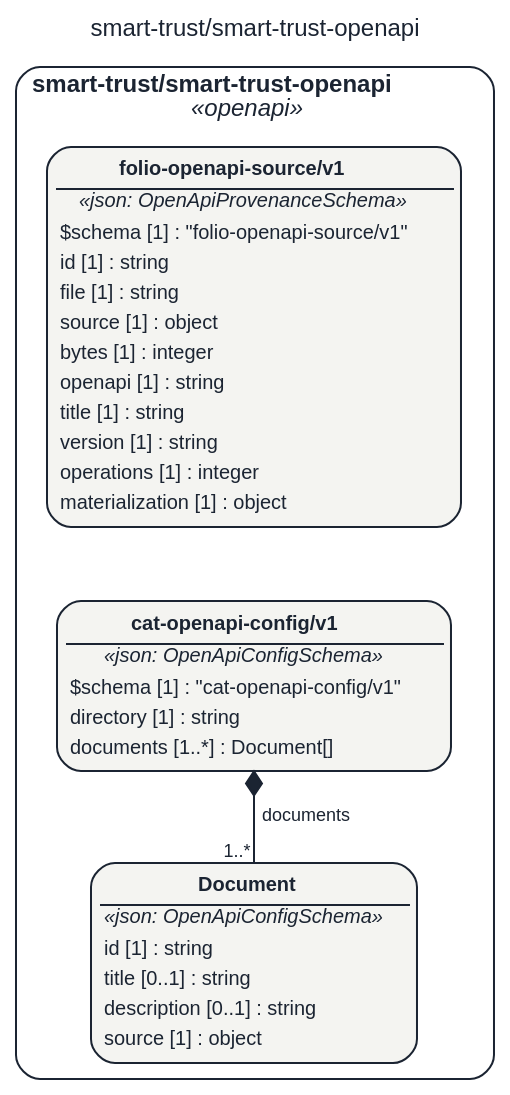
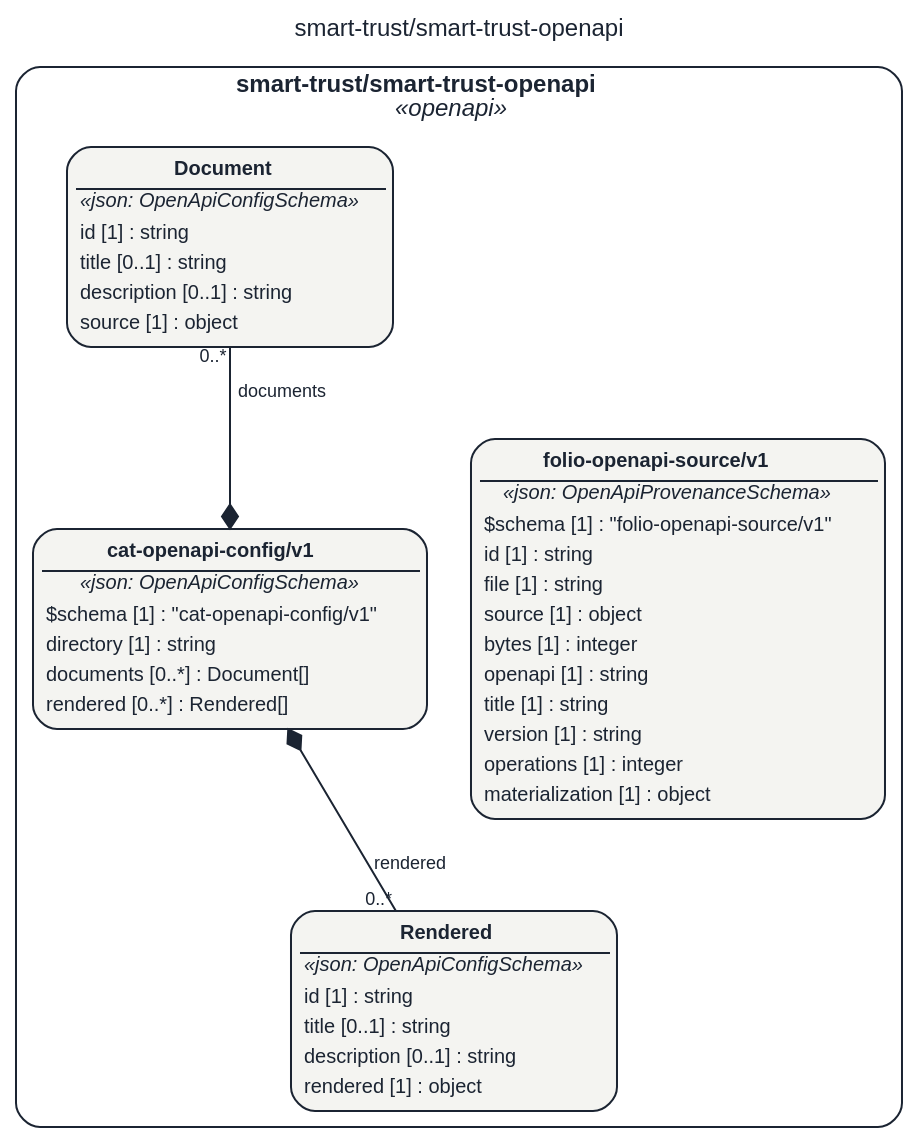
The diagram in assets/img/uml/overview/smart-trust/smart-trust-openapi.dot (litlfred/smart-ra), drawn with Graphviz before and after one commit. The commit also changed 5992 other files, not shown here.

```diff
--- a/assets/img/uml/overview/smart-trust/smart-trust-openapi.dot
+++ b/assets/img/uml/overview/smart-trust/smart-trust-openapi.dot
@@ -1,15 +1,18 @@
 // GENERATED by cat-harness-tools/scripts/gen-uml-overview.ts — do not edit.
 // Rendered page (interactive view, same model): https://litlfred.github.io/folio-assistant/uml/overview/smart-trust/smart-trust-openapi.html
 digraph "smart_trust_smart_trust_openapi" {
   graph [label="smart-trust/smart-trust-openapi", labelloc=t, fontname="Helvetica", fontsize=12, fontcolor="#1b2432", newrank=true, ratio=auto, nodesep=0.3, ranksep=0.5, bgcolor="transparent"];
   node [shape=box, style="rounded,filled", margin=0.05, fontname="Helvetica", fontsize=10, color="#1b2432", fontcolor="#1b2432"];
   edge [color="#1b2432", fontcolor="#1b2432", fontname="Helvetica", fontsize=9];
   subgraph "cluster_pkg_smart_trust_smart_trust_openapi" {
     label=<<b>smart-trust/smart-trust-openapi</b><br/><i>«openapi»</i>>; style="rounded"; color="#1b2432"; class="fa_uml_subgraph";
     "smart_trust_smart_trust_openapi_folio_openapi_source_v1_folio_openapi_source_v1" [fillcolor="#f4f4f1", class="fa_uml_kind_openapi", label=<<table border="0" cellborder="0" cellspacing="0" cellpadding="2"><tr><td border="1" sides="b"><b>folio-openapi-source/v1</b></td></tr><tr><td><i>«json: OpenApiProvenanceSchema»</i></td></tr><tr><td align="left">$schema [1] : &quot;folio-openapi-source/v1&quot;</td></tr><tr><td align="left">id [1] : string</td></tr><tr><td align="left">file [1] : string</td></tr><tr><td align="left">source [1] : object</td></tr><tr><td align="left">bytes [1] : integer</td></tr><tr><td align="left">openapi [1] : string</td></tr><tr><td align="left">title [1] : string</td></tr><tr><td align="left">version [1] : string</td></tr><tr><td align="left">operations [1] : integer</td></tr><tr><td align="left">materialization [1] : object</td></tr></table>>];
     "smart_trust_smart_trust_openapi_cat_openapi_config_v1_Document" [fillcolor="#f4f4f1", class="fa_uml_kind_openapi", label=<<table border="0" cellborder="0" cellspacing="0" cellpadding="2"><tr><td border="1" sides="b"><b>Document</b></td></tr><tr><td><i>«json: OpenApiConfigSchema»</i></td></tr><tr><td align="left">id [1] : string</td></tr><tr><td align="left">title [0..1] : string</td></tr><tr><td align="left">description [0..1] : string</td></tr><tr><td align="left">source [1] : object</td></tr></table>>];
-    "smart_trust_smart_trust_openapi_cat_openapi_config_v1_cat_openapi_config_v1" [fillcolor="#f4f4f1", class="fa_uml_kind_openapi", label=<<table border="0" cellborder="0" cellspacing="0" cellpadding="2"><tr><td border="1" sides="b"><b>cat-openapi-config/v1</b></td></tr><tr><td><i>«json: OpenApiConfigSchema»</i></td></tr><tr><td align="left">$schema [1] : &quot;cat-openapi-config/v1&quot;</td></tr><tr><td align="left">directory [1] : string</td></tr><tr><td align="left">documents [1..*] : Document[]</td></tr></table>>];
+    "smart_trust_smart_trust_openapi_cat_openapi_config_v1_Rendered" [fillcolor="#f4f4f1", class="fa_uml_kind_openapi", label=<<table border="0" cellborder="0" cellspacing="0" cellpadding="2"><tr><td border="1" sides="b"><b>Rendered</b></td></tr><tr><td><i>«json: OpenApiConfigSchema»</i></td></tr><tr><td align="left">id [1] : string</td></tr><tr><td align="left">title [0..1] : string</td></tr><tr><td align="left">description [0..1] : string</td></tr><tr><td align="left">rendered [1] : object</td></tr></table>>];
+    "smart_trust_smart_trust_openapi_cat_openapi_config_v1_cat_openapi_config_v1" [fillcolor="#f4f4f1", class="fa_uml_kind_openapi", label=<<table border="0" cellborder="0" cellspacing="0" cellpadding="2"><tr><td border="1" sides="b"><b>cat-openapi-config/v1</b></td></tr><tr><td><i>«json: OpenApiConfigSchema»</i></td></tr><tr><td align="left">$schema [1] : &quot;cat-openapi-config/v1&quot;</td></tr><tr><td align="left">directory [1] : string</td></tr><tr><td align="left">documents [0..*] : Document[]</td></tr><tr><td align="left">rendered [0..*] : Rendered[]</td></tr></table>>];
   }
-  "smart_trust_smart_trust_openapi_cat_openapi_config_v1_cat_openapi_config_v1" -> "smart_trust_smart_trust_openapi_cat_openapi_config_v1_Document" [dir=both, arrowtail=diamond, arrowhead=none, label="documents", headlabel="1..*", class="fa_uml_composition"];
-  "smart_trust_smart_trust_openapi_folio_openapi_source_v1_folio_openapi_source_v1" -> "smart_trust_smart_trust_openapi_cat_openapi_config_v1_cat_openapi_config_v1" [style=invis, class="kg-graph-anchor"];
+  "smart_trust_smart_trust_openapi_cat_openapi_config_v1_cat_openapi_config_v1" -> "smart_trust_smart_trust_openapi_cat_openapi_config_v1_Document" [dir=both, arrowtail=diamond, arrowhead=none, label="documents", headlabel="0..*", class="fa_uml_composition"];
+  "smart_trust_smart_trust_openapi_cat_openapi_config_v1_cat_openapi_config_v1" -> "smart_trust_smart_trust_openapi_cat_openapi_config_v1_Rendered" [dir=both, arrowtail=diamond, arrowhead=none, label="rendered", headlabel="0..*", class="fa_uml_composition"];
+  "smart_trust_smart_trust_openapi_folio_openapi_source_v1_folio_openapi_source_v1" -> "smart_trust_smart_trust_openapi_cat_openapi_config_v1_Rendered" [style=invis, class="kg-graph-anchor"];
+  "smart_trust_smart_trust_openapi_cat_openapi_config_v1_Document" -> "smart_trust_smart_trust_openapi_cat_openapi_config_v1_cat_openapi_config_v1" [style=invis, class="kg-graph-anchor"];
 }
```
